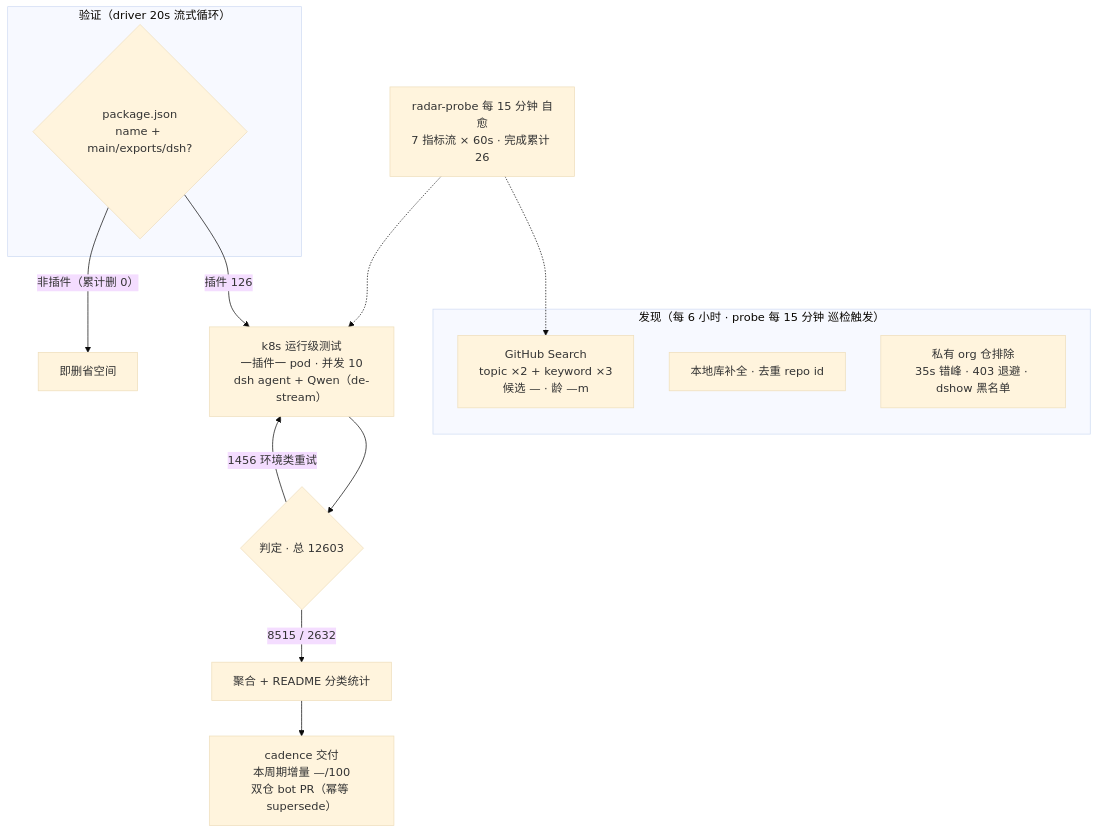
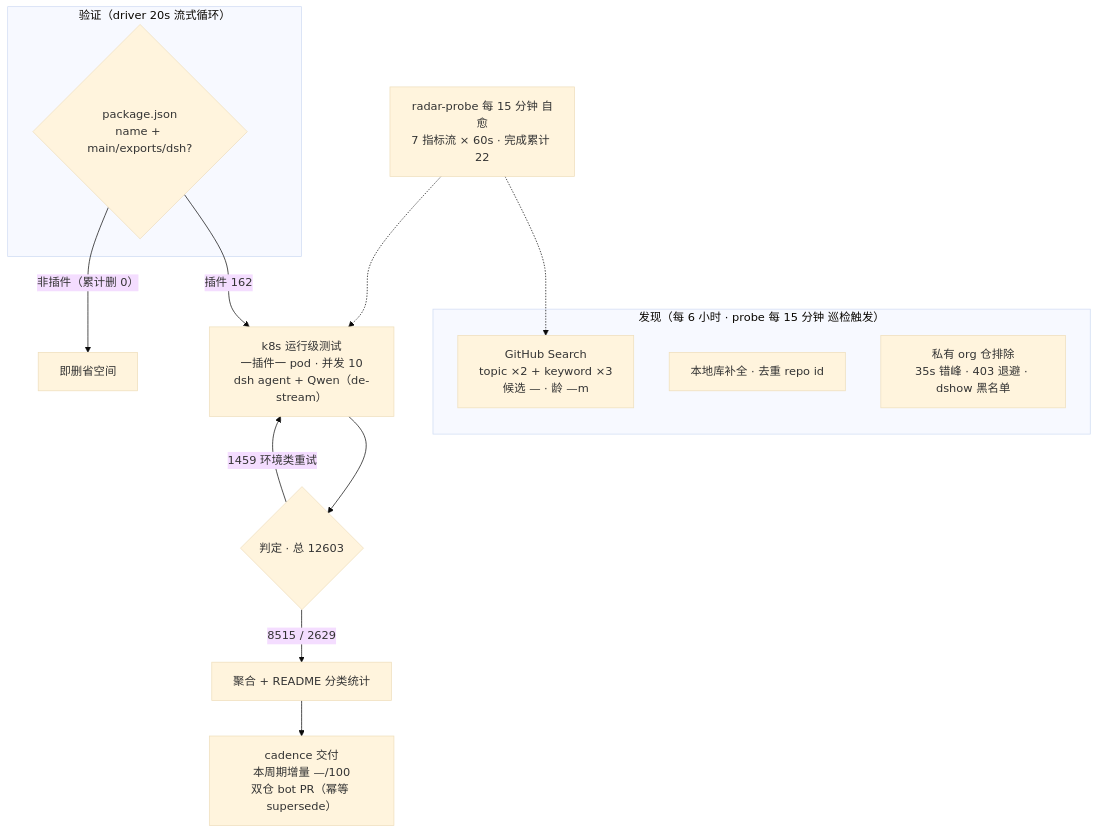
The diagram in README.md (AdamPlatin123/awesome-dsh-plugins), drawn with Mermaid (base theme) before and after one commit. The commit also changed other lines of this file and 5 other files, not shown here.

````diff
--- a/README.md
+++ b/README.md
@@ -52,20 +52,20 @@
 ```mermaid
 flowchart TB
     subgraph Discovery["发现（每 6 小时 · probe 每 15 分钟 巡检触发）"]
         A1["GitHub Search<br/>topic ×2 + keyword ×3<br/>候选 — · 龄 —m"]
         A2["本地库补全 · 去重 repo id"]
         A3["私有 org 仓排除<br/>35s 错峰 · 403 退避 · dshow 黑名单"]
     end
     subgraph Validation["验证（driver 20s 流式循环）"]
         B1{"package.json<br/>name + main/exports/dsh?"}
     end
-    B1 -->|"插件 126"| C1["k8s 运行级测试<br/>一插件一 pod · 并发 10<br/>dsh agent + Qwen（de-stream）"]
+    B1 -->|"插件 162"| C1["k8s 运行级测试<br/>一插件一 pod · 并发 10<br/>dsh agent + Qwen（de-stream）"]
     B1 -->|"非插件（累计删 0）"| B3["即删省空间"]
     C1 --> D1{"判定 · 总 12603"}
-    D1 -->|"8515 / 2632"| E1["聚合 + README 分类统计"]
-    D1 -->|"1456 环境类重试"| C1
+    D1 -->|"8515 / 2629"| E1["聚合 + README 分类统计"]
+    D1 -->|"1459 环境类重试"| C1
     E1 --> E2["cadence 交付<br/>本周期增量 —/100<br/>双仓 bot PR（幂等 supersede）"]
-    M["radar-probe 每 15 分钟 自愈<br/>7 指标流 × 60s · 完成累计 26"]
+    M["radar-probe 每 15 分钟 自愈<br/>7 指标流 × 60s · 完成累计 22"]
     M -.-> A1
     M -.-> C1
 ```
````
